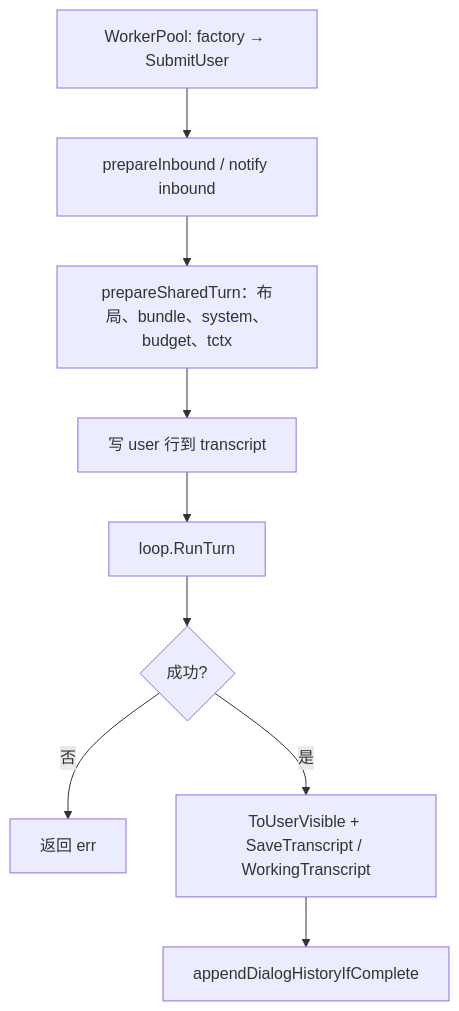
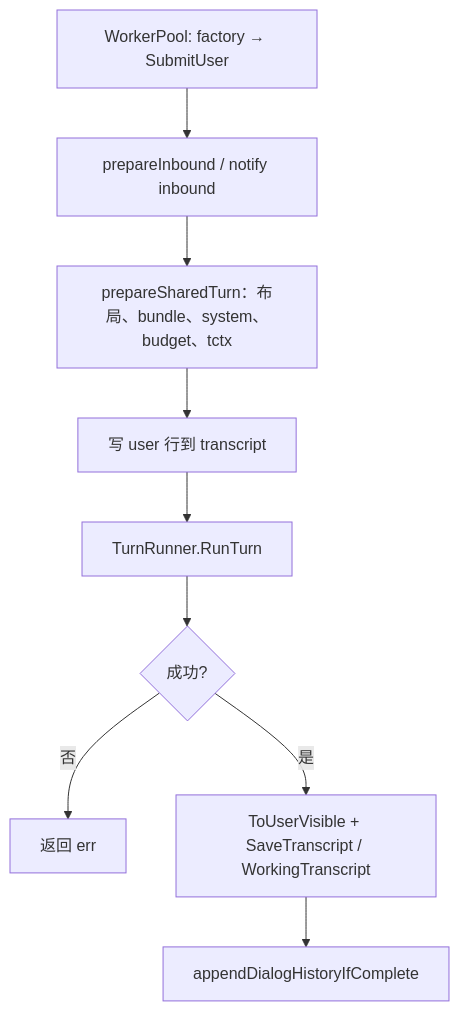
One commit to lengzhao/oneclaw changed the third of 5 diagrams in docs/runtime-flow.md. Above: the diagram before and after it, drawn with Mermaid. The commit also changed other lines of this file and 66 other files, not shown here.

````diff
--- a/docs/runtime-flow.md
+++ b/docs/runtime-flow.md
@@ -71,11 +74,11 @@
 ```mermaid
 flowchart TB
   WP[WorkerPool: factory → SubmitUser] --> N1[prepareInbound / notify inbound]
   N1 --> N2[prepareSharedTurn：布局、bundle、system、budget、tctx]
   N2 --> N3[写 user 行到 transcript]
-  N3 --> RT[loop.RunTurn]
+  N3 --> RT[TurnRunner.RunTurn]
   RT --> OK{成功?}
   OK -->|否| ERR[返回 err]
   OK -->|是| N4[ToUserVisible + SaveTranscript / WorkingTranscript]
   N4 --> DH[appendDialogHistoryIfComplete]
 ```
````
